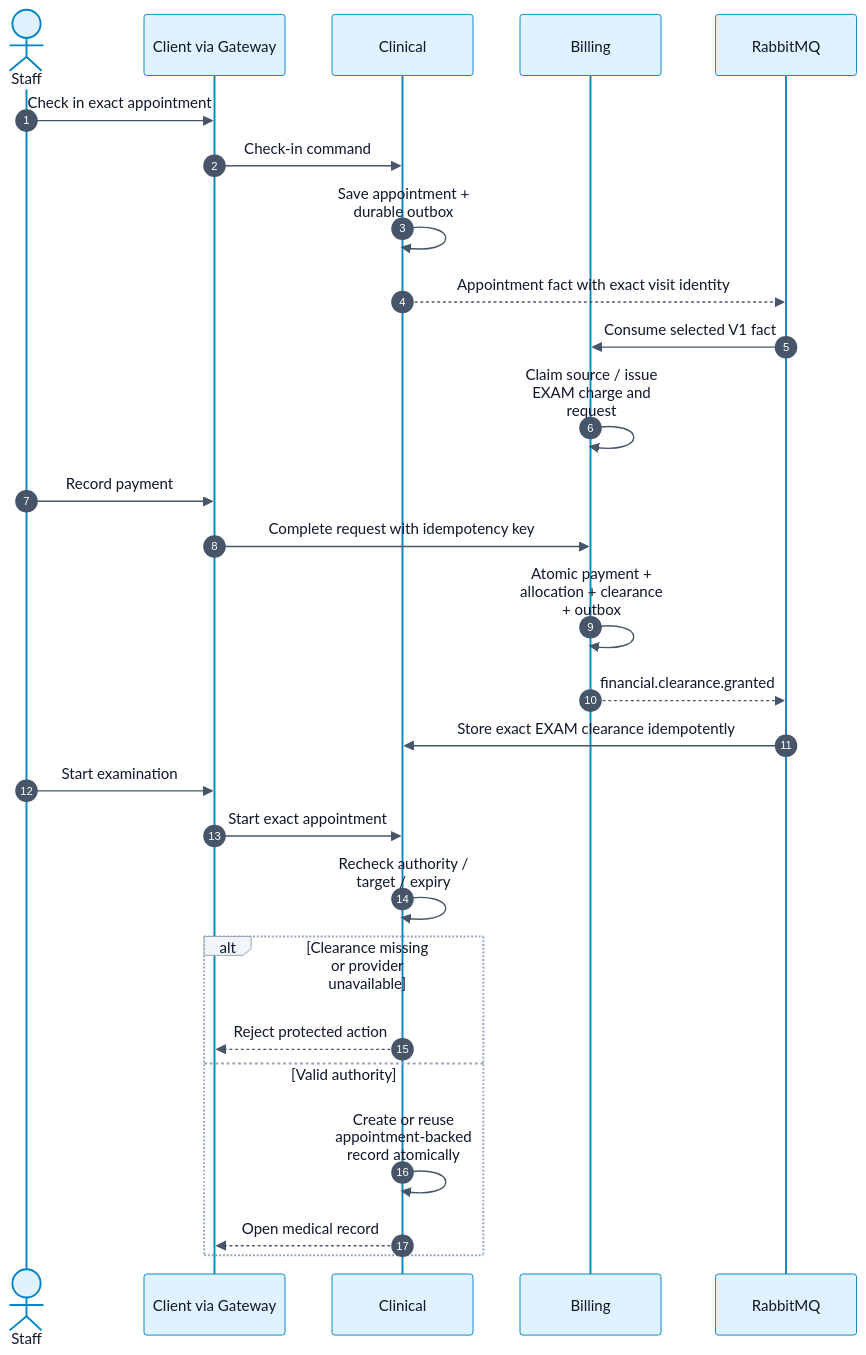
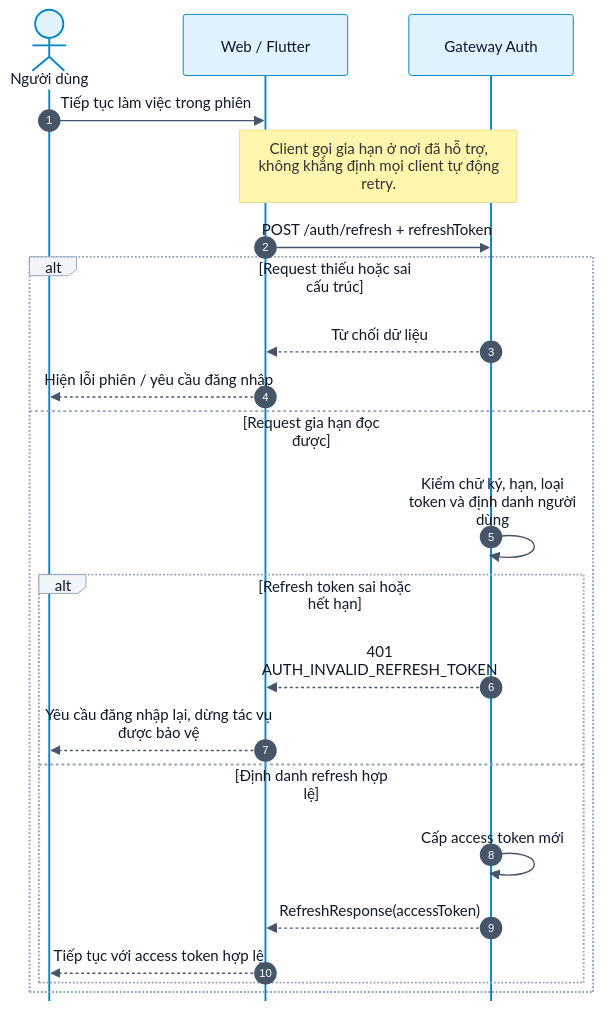
Before and after one commit to Dangvinh77/MediFlow: diagram 13 of 41 in docs/monitor_proj_progress/02-giai-doan-2-thiet-ke-giao-dien-tieu-chuan/review-2/02-review-2-standard-vi.md, drawn with Mermaid. The commit also changed other lines of this file and 896 other files, not shown here.

Commit message:
docs(review2): align diagrams with supervisor feedback

````diff
--- a/docs/monitor_proj_progress/02-giai-doan-2-thiet-ke-giao-dien-tieu-chuan/review-2/02-review-2-standard-vi.md
+++ b/docs/monitor_proj_progress/02-giai-doan-2-thiet-ke-giao-dien-tieu-chuan/review-2/02-review-2-standard-vi.md
@@ -842,30 +657,25 @@
 ```mermaid
-%%{init: {"theme": "base", "securityLevel": "loose", "fontFamily": "Arial, sans-serif", "themeVariables": {"primaryColor": "#e0f2fe", "primaryTextColor": "#0f172a", "primaryBorderColor": "#0284c7", "lineColor": "#475569", "secondaryColor": "#ccfbf1", "tertiaryColor": "#f1f5f9", "background": "#ffffff", "mainBkg": "#e0f2fe", "nodeBorder": "#0284c7", "clusterBkg": "#f8fafc", "clusterBorder": "#94a3b8", "actorBkg": "#e0f2fe", "actorBorder": "#0284c7", "actorTextColor": "#0f172a", "signalColor": "#475569", "signalTextColor": "#0f172a", "labelBoxBkgColor": "#f1f5f9", "labelBoxBorderColor": "#94a3b8", "activationBkgColor": "#ccfbf1", "activationBorderColor": "#0f766e", "sequenceNumberColor": "#ffffff", "attributeBackgroundColorOdd": "#ffffff", "attributeBackgroundColorEven": "#f0f9ff"}, "flowchart": {"htmlLabels": true, "curve": "basis", "nodeSpacing": 30, "rankSpacing": 50}, "sequence": {"useMaxWidth": true, "wrap": true}, "er": {"useMaxWidth": true}}}%%
+%%{init: {"theme": "base", "securityLevel": "loose", "fontFamily": "Arial, sans-serif", "themeVariables": {"primaryColor": "#e0f2fe", "primaryTextColor": "#0f172a", "primaryBorderColor": "#0284c7", "lineColor": "#475569", "secondaryColor": "#ccfbf1", "tertiaryColor": "#f1f5f9", "background": "#ffffff", "mainBkg": "#e0f2fe", "nodeBorder": "#0284c7", "clusterBkg": "#f8fafc", "clusterBorder": "#94a3b8", "actorBkg": "#e0f2fe", "actorBorder": "#0284c7", "actorTextColor": "#0f172a", "signalColor": "#475569", "signalTextColor": "#0f172a", "labelBoxBkgColor": "#f1f5f9", "labelBoxBorderColor": "#94a3b8", "activationBkgColor": "#ccfbf1", "activationBorderColor": "#0f766e", "sequenceNumberColor": "#ffffff", "attributeBackgroundColorOdd": "#ffffff", "attributeBackgroundColorEven": "#f0f9ff"}, "flowchart": {"htmlLabels": true, "curve": "linear", "nodeSpacing": 40, "rankSpacing": 46, "subGraphTitleMargin": {"top": 12, "bottom": 45}}, "sequence": {"useMaxWidth": true, "wrap": true, "actorMargin": 55, "width": 175, "messageMargin": 30, "mirrorActors": false}, "er": {"useMaxWidth": true}, "maxTextSize": 2000000, "class": {"nodeSpacing": 30, "rankSpacing": 55}}}%%
 sequenceDiagram
  autonumber
- actor Staff
- participant UI as Client via Gateway
- participant C as Clinical
- participant B as Billing
- participant Q as RabbitMQ
- Staff->>UI: Check in exact appointment
- UI->>C: Check-in command
- C->>C: Save appointment + durable outbox
- C-->>Q: Appointment fact with exact visit identity
- Q->>B: Consume selected V1 fact
- B->>B: Claim source / issue EXAM charge and request
- Staff->>UI: Record payment
- UI->>B: Complete request with idempotency key
- B->>B: Atomic payment + allocation + clearance + outbox
- B-->>Q: financial.clearance.granted
- Q->>C: Store exact EXAM clearance idempotently
- Staff->>UI: Start examination
- UI->>C: Start exact appointment
- C->>C: Recheck authority / target / expiry
- alt Clearance missing or provider unavailable
- C-->>UI: Reject protected action
- else Valid authority
- C->>C: Create or reuse appointment-backed record atomically
- C-->>UI: Open medical record
+ actor User as Người dùng
+ participant UI as Web / Flutter
+ participant G as Gateway Auth
+ User->>UI: Tiếp tục làm việc trong phiên
+ Note over UI,G: Client gọi gia hạn ở nơi đã hỗ trợ, không khẳng định mọi client tự động retry.
+ UI->>G: POST /auth/refresh + refreshToken
+ alt Request thiếu hoặc sai cấu trúc
+  G-->>UI: Từ chối dữ liệu
+  UI-->>User: Hiện lỗi phiên / yêu cầu đăng nhập
+ else Request gia hạn đọc được
+  G->>G: Kiểm chữ ký, hạn, loại token và định danh người dùng
+  alt Refresh token sai hoặc hết hạn
+   G-->>UI: 401 AUTH_INVALID_REFRESH_TOKEN
+   UI-->>User: Yêu cầu đăng nhập lại, dừng tác vụ được bảo vệ
+  else Định danh refresh hợp lệ
+   G->>G: Cấp access token mới
+   G-->>UI: RefreshResponse(accessToken)
+   UI-->>User: Tiếp tục với access token hợp lệ
+  end
  end
 ```
````
